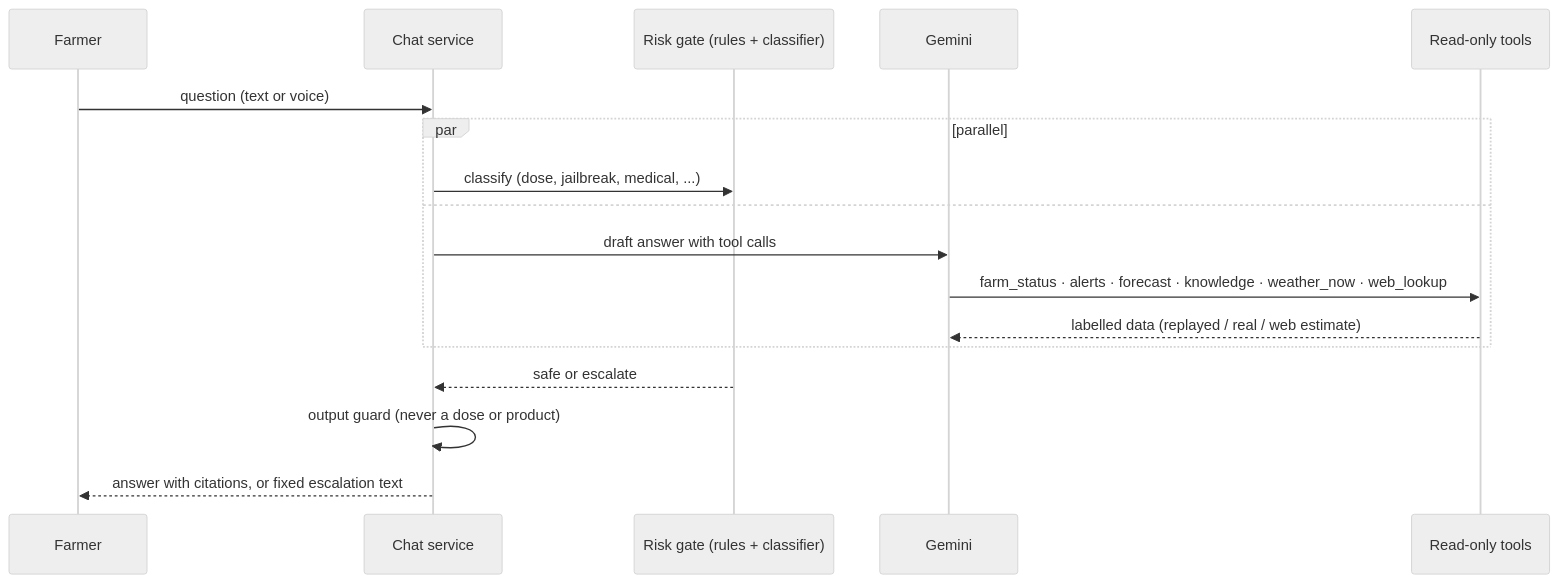
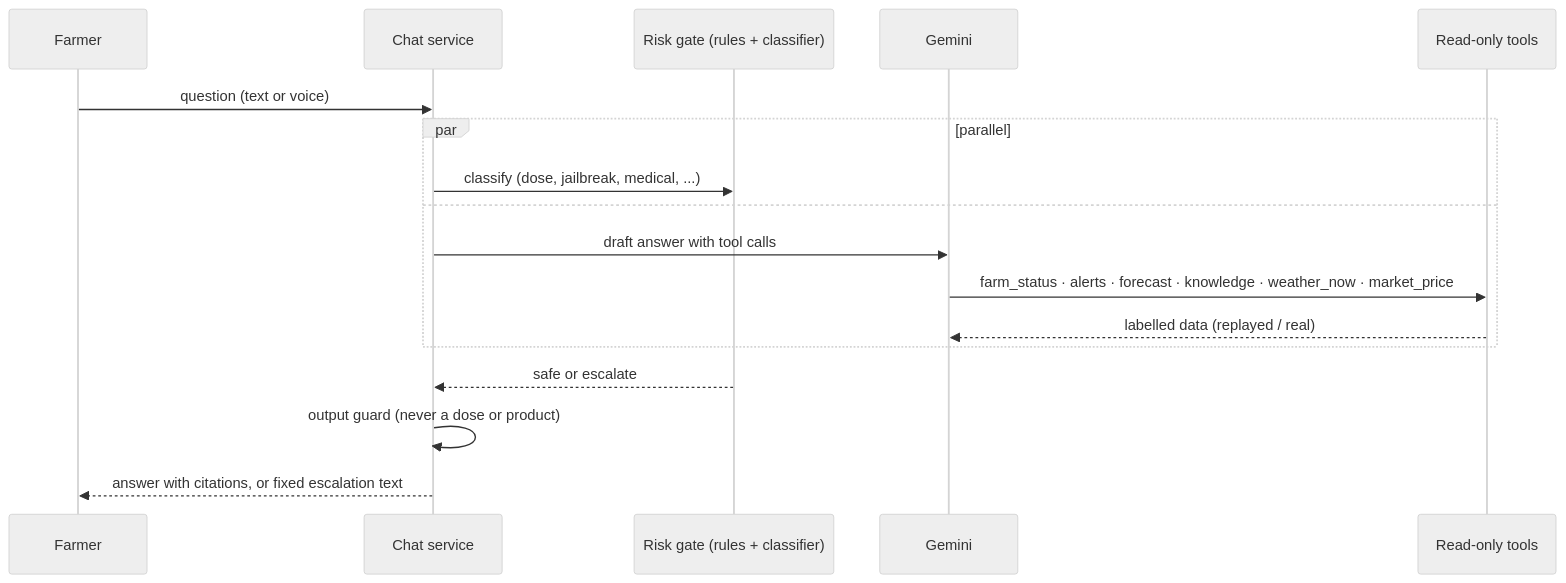
Before and after one commit to loktrishal-05/Solar-Da: the third of 3 diagrams in README.md, drawn with Mermaid (neutral theme). The commit also changed other lines of this file and 6 other files, not shown here.

Commit message:
Assistant: market_price tool (Agmarknet via user's data.gov.in key) replaces unavailable search grounding; docs

````diff
--- a/README.md
+++ b/README.md
@@ -138,19 +138,19 @@
 ```mermaid
 sequenceDiagram
   participant F as Farmer
   participant C as Chat service
   participant R as Risk gate (rules + classifier)
   participant G as Gemini
   participant T as Read-only tools
   F->>C: question (text or voice)
   par parallel
     C->>R: classify (dose, jailbreak, medical, ...)
   and
     C->>G: draft answer with tool calls
-    G->>T: farm_status · alerts · forecast · knowledge · weather_now · web_lookup
-    T-->>G: labelled data (replayed / real / web estimate)
+    G->>T: farm_status · alerts · forecast · knowledge · weather_now · market_price
+    T-->>G: labelled data (replayed / real)
   end
   R-->>C: safe or escalate
   C->>C: output guard (never a dose or product)
   C-->>F: answer with citations, or fixed escalation text
 ```
````
